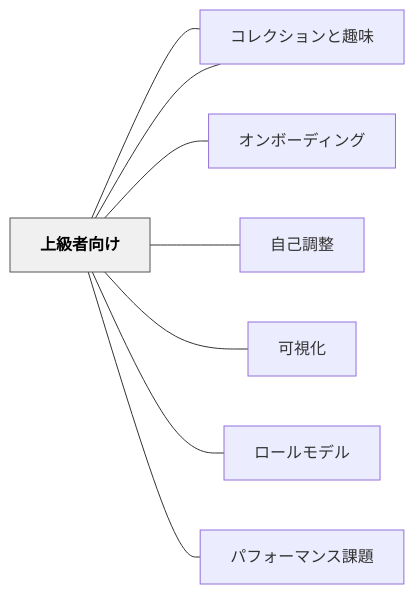
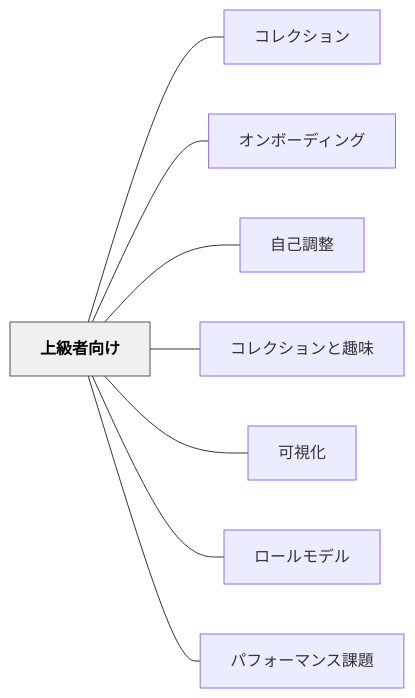
Before and after one commit to unknownthings-ed-patterns/unknownthings-ed-patterns: the diagram in content/パタン/上級者向け.md, drawn with Mermaid. The commit also changed 527 other files, not shown here.

````diff
--- a/content/パタン/上級者向け.md
+++ b/content/パタン/上級者向け.md
@@ -82,22 +82,22 @@
 ```mermaid
 flowchart LR
-    ne4b88ae7b49a["上級者向け"]
-    ne382b3e383ac["コレクション"]
-    ne382aae383b3["オンボーディング"]
-    ne887aae5b7b1["自己調整"]
-    ne382b3e383ac["コレクションと趣味"]
-    ne58fafe8a696["可視化"]
-    ne383ade383bc["ロールモデル"]
-    ne38391e38395["パフォーマンス課題"]
+    ne4b88ae7b49ae88085e59091e38191["上級者向け"]
+    ne382b3e383ace382afe382b7e383a7e383b3["コレクション"]
+    ne382aae383b3e3839ce383bce38387e382a3e383b3e382b0["オンボーディング"]
+    ne887aae5b7b1e8aabfe695b4["自己調整"]
+    ne382b3e383ace382afe382b7e383a7e383b3e381a8e8b6a3e591b3["コレクションと趣味"]
+    ne58fafe8a696e58c96["可視化"]
+    ne383ade383bce383abe383a2e38387e383ab["ロールモデル"]
+    ne38391e38395e382a9e383bce3839ee383b3e382b9e8aab2e9a18c["パフォーマンス課題"]
 
-    ne4b88ae7b49a --- ne382b3e383ac
-    ne4b88ae7b49a --- ne382aae383b3
-    ne4b88ae7b49a --- ne887aae5b7b1
-    ne4b88ae7b49a --- ne382b3e383ac
-    ne4b88ae7b49a --- ne58fafe8a696
-    ne4b88ae7b49a --- ne383ade383bc
-    ne4b88ae7b49a --- ne38391e38395
+    ne4b88ae7b49ae88085e59091e38191 --- ne382b3e383ace382afe382b7e383a7e383b3
+    ne4b88ae7b49ae88085e59091e38191 --- ne382aae383b3e3839ce383bce38387e382a3e383b3e382b0
+    ne4b88ae7b49ae88085e59091e38191 --- ne887aae5b7b1e8aabfe695b4
+    ne4b88ae7b49ae88085e59091e38191 --- ne382b3e383ace382afe382b7e383a7e383b3e381a8e8b6a3e591b3
+    ne4b88ae7b49ae88085e59091e38191 --- ne58fafe8a696e58c96
+    ne4b88ae7b49ae88085e59091e38191 --- ne383ade383bce383abe383a2e38387e383ab
+    ne4b88ae7b49ae88085e59091e38191 --- ne38391e38395e382a9e383bce3839ee383b3e382b9e8aab2e9a18c
 
     classDef hub fill:#f0f0f0,stroke:#555,color:#000,font-weight:bold
-    class ne4b88ae7b49a hub
+    class ne4b88ae7b49ae88085e59091e38191 hub
 ```
````
